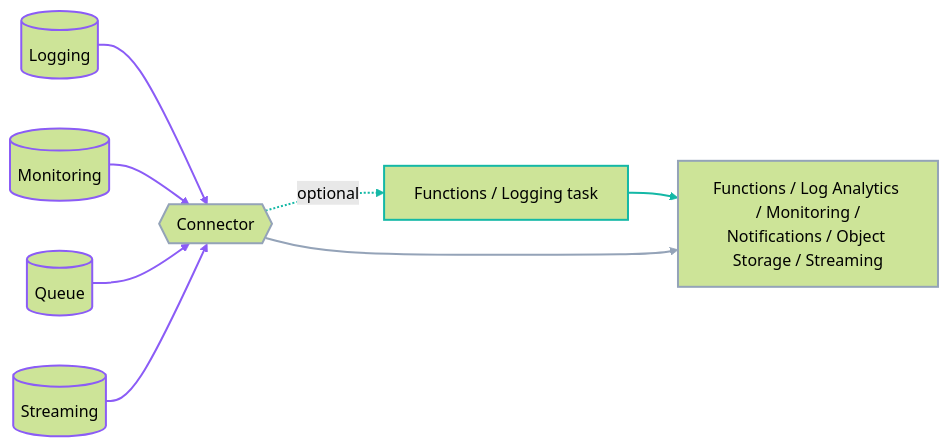
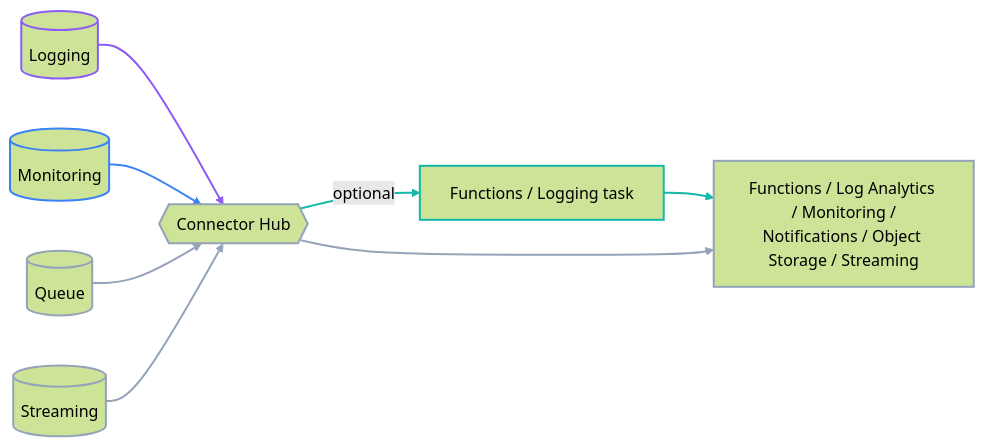
The second of 3 diagrams in 04-oracle/observability-professional/03-logging-service.md (leonlnj/engineering-gym), drawn with Mermaid (forest theme) before and after one commit. The commit also changed other lines of this file and 10 other files, not shown here.

````diff
--- a/04-oracle/observability-professional/03-logging-service.md
+++ b/04-oracle/observability-professional/03-logging-service.md
@@ -242,23 +244,25 @@
 ```mermaid
 flowchart LR
-    LOG[("Logging")] --> CH{{"Connector"}}
+    LGS[("Logging")] --> CH{{"Connector Hub"}}
     MON[("Monitoring")] --> CH
     QUE[("Queue")] --> CH
     STR[("Streaming")] --> CH
 
-    CH -.->|"optional"| TASK["Functions / Logging task"]
+    CH -->|"optional"| TASK["Functions / Logging task"]
     TASK --> TGT
     CH --> TGT["Functions / Log Analytics / Monitoring /<br/>Notifications / Object Storage / Streaming"]
 
-    linkStyle 0,1,2,3 stroke:#8b5cf6,stroke-width:2px
+    linkStyle 0 stroke:#8b5cf6,stroke-width:2px
+    linkStyle 1 stroke:#3b82f6,stroke-width:2px
+    linkStyle 2,3 stroke:#94a3b8,stroke-width:2px
     linkStyle 4,5 stroke:#14b8a6,stroke-width:2px
     linkStyle 6 stroke:#94a3b8,stroke-width:2px
 
-    style LOG stroke:#8b5cf6,stroke-width:2px
-    style MON stroke:#8b5cf6,stroke-width:2px
-    style QUE stroke:#8b5cf6,stroke-width:2px
-    style STR stroke:#8b5cf6,stroke-width:2px
+    style LGS stroke:#8b5cf6,stroke-width:2px
+    style MON stroke:#3b82f6,stroke-width:2px
+    style QUE stroke:#94a3b8,stroke-width:2px
+    style STR stroke:#94a3b8,stroke-width:2px
     style CH stroke:#94a3b8,stroke-width:2px
     style TASK stroke:#14b8a6,stroke-width:2px
     style TGT stroke:#94a3b8,stroke-width:2px
 ```
````
